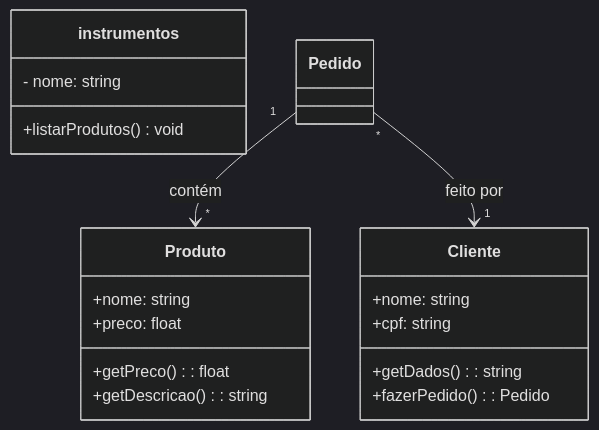
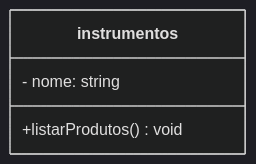
One commit to LucasGabrielPaes/teste changed the diagram in README.md. Above: the diagram before and after it, drawn with Mermaid (dark theme).

````diff
--- a/README.md
+++ b/README.md
@@ -1,24 +1,7 @@
 ```mermaid
 classDiagram
   class instrumentos {
     - nome: string
     +listarProdutos() void
   }
-
-  class Cliente {
-    +nome: string
-    +cpf: string
-    +getDados(): string
-    +fazerPedido(): Pedido
-  }
-
-  class Produto {
-    +nome: string
-    +preco: float
-    +getPreco(): float
-    +getDescricao(): string
-  }
-
-  Pedido "1" --> "*" Produto : contém
-  Pedido "*" --> "1" Cliente : feito por
 ```
````
